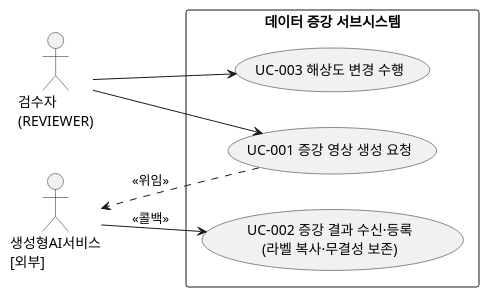
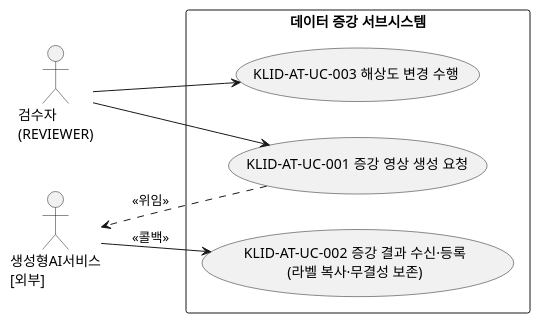
One commit to New-stella/klid-label changed the first of 5 diagrams in docs/design/R2-유스케이스명세서.md. Above: the diagram before and after it, drawn with PlantUML. The commit also changed other lines of this file and 17 other files, not shown here.

````diff
--- a/docs/design/R2-유스케이스명세서.md
+++ b/docs/design/R2-유스케이스명세서.md
@@ -49,18 +49,18 @@
 ```plantuml
 @startuml
 left to right direction
 actor "검수자\n(REVIEWER)" as REVIEWER
 actor "생성형AI서비스\n[외부]" as GENAI
 
 rectangle "데이터 증강 서브시스템" {
-  usecase "UC-001 증강 영상 생성 요청" as UC001
-  usecase "UC-002 증강 결과 수신·등록\n(라벨 복사·무결성 보존)" as UC002
-  usecase "UC-003 해상도 변경 수행" as UC003
+  usecase "KLID-AT-UC-001 증강 영상 생성 요청" as UC001
+  usecase "KLID-AT-UC-002 증강 결과 수신·등록\n(라벨 복사·무결성 보존)" as UC002
+  usecase "KLID-AT-UC-003 해상도 변경 수행" as UC003
 }
 
 REVIEWER --> UC001
 REVIEWER --> UC003
 UC001 ..> GENAI : <<위임>>
 GENAI --> UC002 : <<콜백>>
 @enduml
 ```
````
